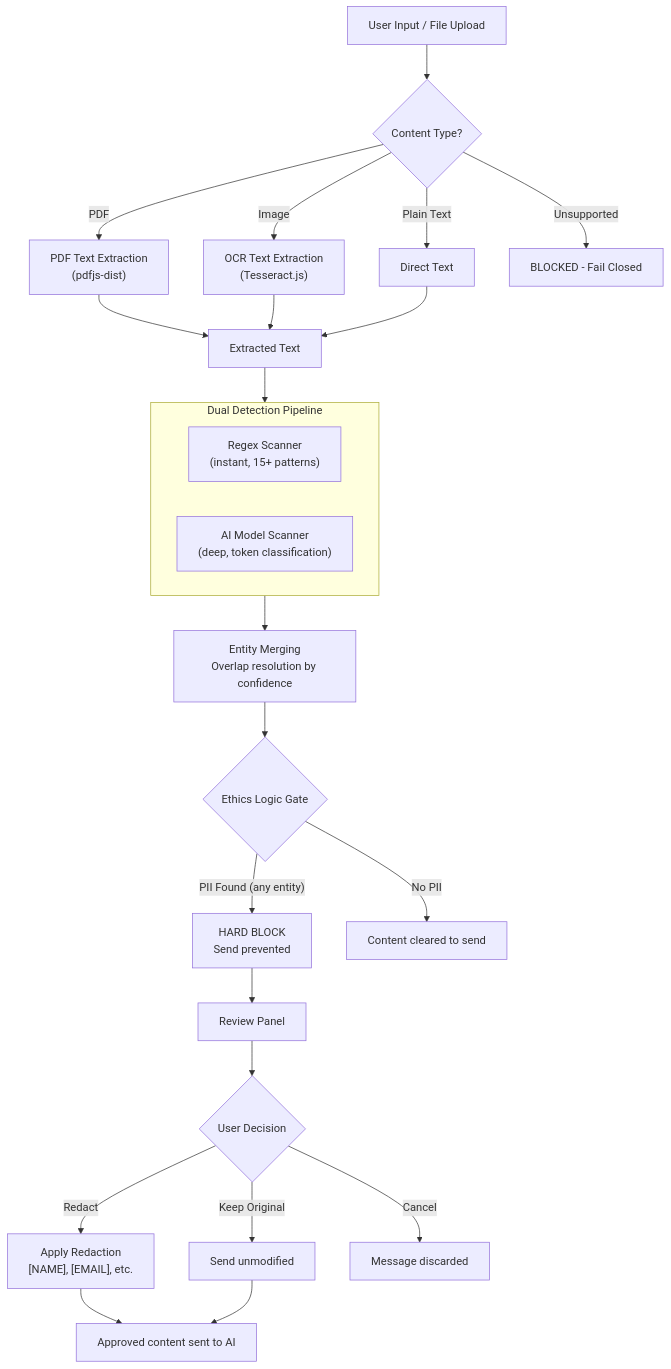
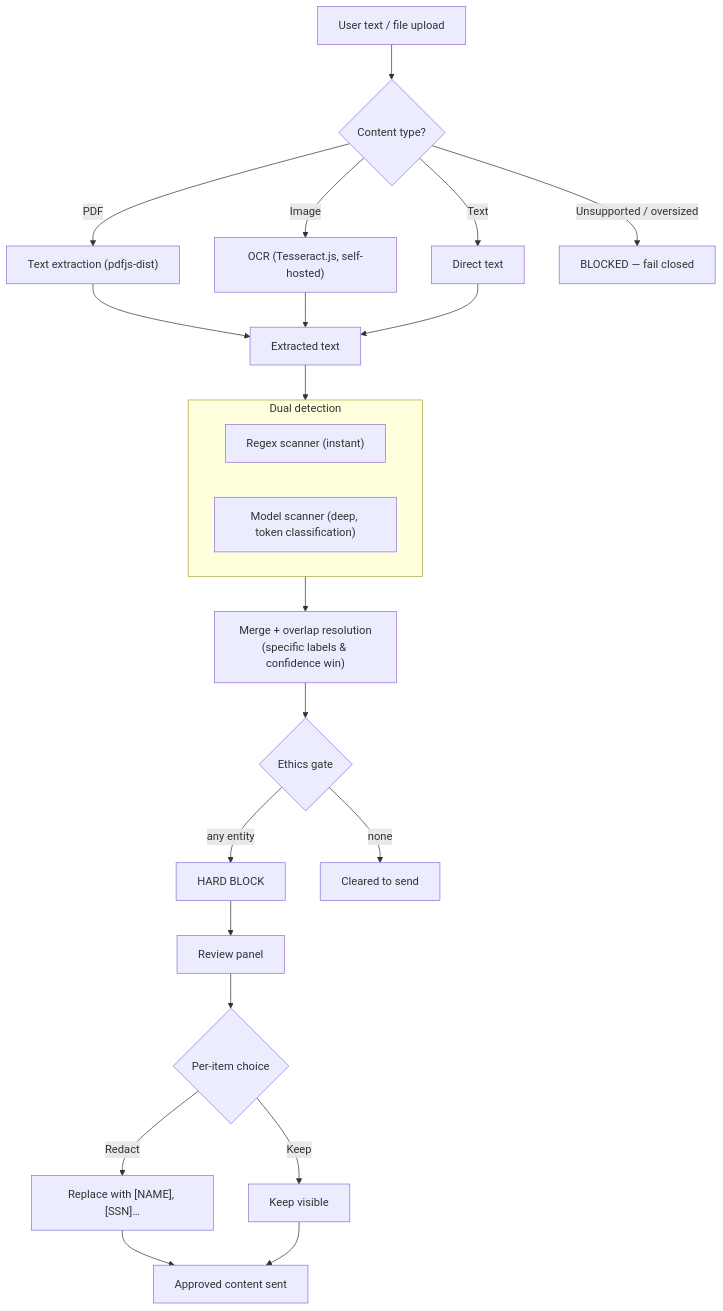
Before and after one commit to shitijkarsolia/privacylens: the third of 4 diagrams in docs/ARCHITECTURE.md, drawn with Mermaid. The commit also changed other lines of this file and 5 other files, not shown here.

````diff
--- a/docs/ARCHITECTURE.md
+++ b/docs/ARCHITECTURE.md
@@ -43,36 +114,28 @@
 ```mermaid
 flowchart TD
-  Input[User Input / File Upload] --> TypeDetect{Content Type?}
+  Input[User text / file upload] --> TypeDetect{Content type?}
+  TypeDetect -->|Text| DirectText[Direct text]
+  TypeDetect -->|PDF| PDFExtract["Text extraction (pdfjs-dist)"]
+  TypeDetect -->|Image| OCRx["OCR (Tesseract.js, self-hosted)"]
+  TypeDetect -->|Unsupported / oversized| Block[BLOCKED — fail closed]
 
-  TypeDetect -->|Plain Text| DirectText[Direct Text]
-  TypeDetect -->|PDF| PDFExtract["PDF Text Extraction<br/>(pdfjs-dist)"]
-  TypeDetect -->|Image| OCR["OCR Text Extraction<br/>(Tesseract.js)"]
-  TypeDetect -->|Unsupported| Block[BLOCKED - Fail Closed]
+  PDFExtract --> Text[Extracted text]
+  OCRx --> Text
+  DirectText --> Text
 
-  PDFExtract --> ExtractedText[Extracted Text]
-  OCR --> ExtractedText
-  DirectText --> ExtractedText
-
-  ExtractedText --> DualScan
-
-  subgraph DualScan["Dual Detection Pipeline"]
-    Regex["Regex Scanner<br/>(instant, 15+ patterns)"]
-    AIModel["AI Model Scanner<br/>(deep, token classification)"]
+  Text --> Dual
+  subgraph Dual["Dual detection"]
+    R["Regex scanner (instant)"]
+    M["Model scanner (deep, token classification)"]
   end
-
-  DualScan --> Merge[Entity Merging<br/>Overlap resolution by confidence]
-  Merge --> Gate{Ethics Logic Gate}
-
-  Gate -->|"PII Found (any entity)"| Blocked[HARD BLOCK<br/>Send prevented]
-  Gate -->|No PII| Clean[Content cleared to send]
-
-  Blocked --> Review[Review Panel]
-  Review --> UserDecision{User Decision}
-
-  UserDecision -->|Redact| Redact["Apply Redaction<br/>[NAME], [EMAIL], etc."]
-  UserDecision -->|Keep Original| SendOriginal[Send unmodified]
-  UserDecision -->|Cancel| Cancel[Message discarded]
-
-  Redact --> Send[Approved content sent to AI]
-  SendOriginal --> Send
+  Dual --> Merge["Merge + overlap resolution<br/>(specific labels & confidence win)"]
+  Merge --> Gate{Ethics gate}
+  Gate -->|"any entity"| Blocked[HARD BLOCK]
+  Gate -->|"none"| Clean[Cleared to send]
+  Blocked --> Review[Review panel]
+  Review --> Decision{Per-item choice}
+  Decision -->|Redact| Red["Replace with [NAME], [SSN]…"]
+  Decision -->|Keep| Keep[Keep visible]
+  Red --> Out[Approved content sent]
+  Keep --> Out
 ```
````
